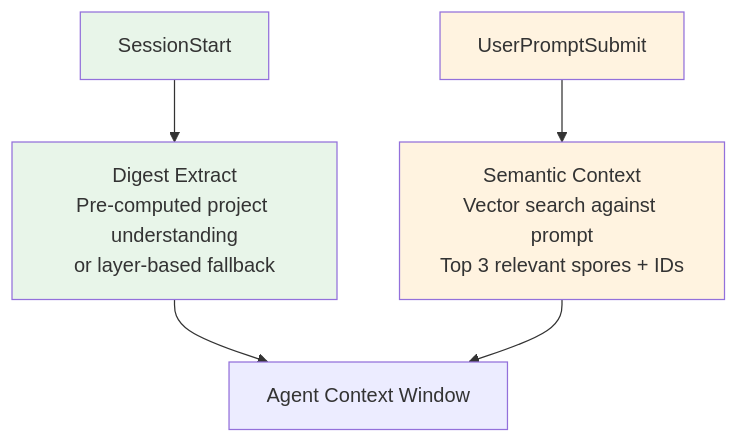
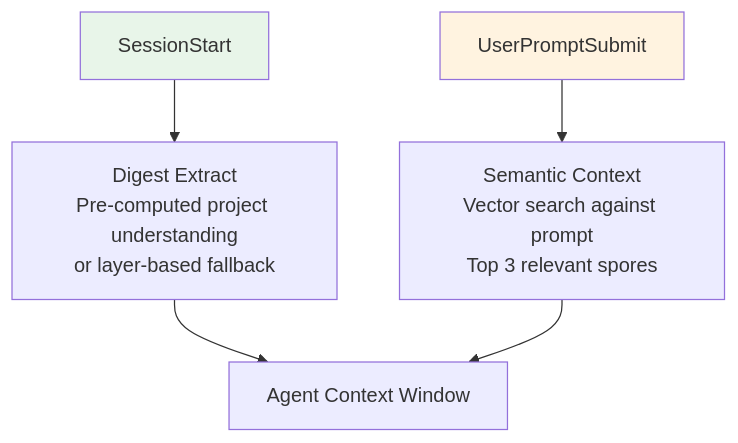
Before and after one commit to goondocks-co/myco: the fifth of 8 diagrams in docs/lifecycle.md, drawn with Mermaid. The commit also changed other lines of this file and 17 other files, not shown here.

````diff
--- a/docs/lifecycle.md
+++ b/docs/lifecycle.md
@@ -246,13 +238,11 @@
 ```mermaid
 flowchart TD
     SS[SessionStart] --> Struct[Digest Extract<br/>Pre-computed project understanding<br/>or layer-based fallback]
-    UP[UserPromptSubmit] --> Sem[Semantic Context<br/>Vector search against prompt<br/>Top 3 relevant spores + IDs]
+    UP[UserPromptSubmit] --> Sem[Semantic Context<br/>Vector search against prompt<br/>Top 3 relevant spores]
 
     Struct --> Agent[Agent Context Window]
     Sem --> Agent
 
     style SS fill:#e8f5e9
     style UP fill:#fff3e0
-    style Struct fill:#e8f5e9
-    style Sem fill:#fff3e0
 ```
````
